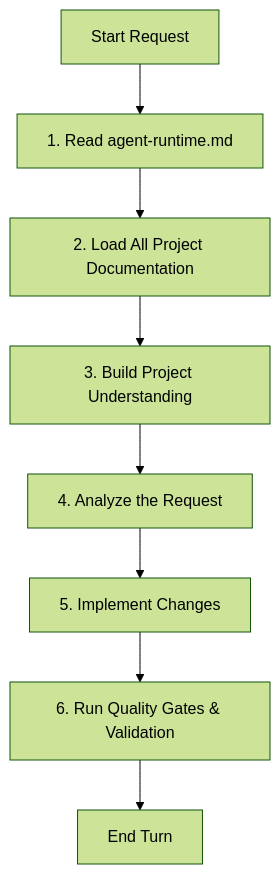
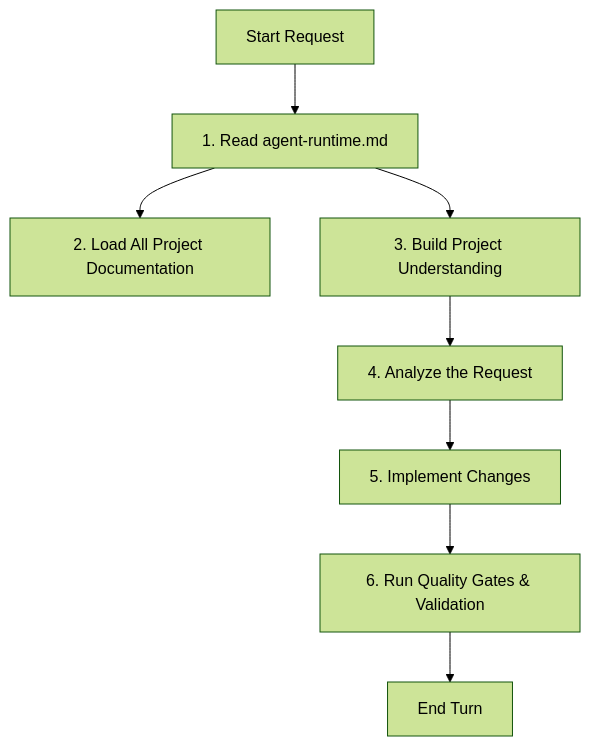
Before and after one commit to ghanshyam18/stock-manager-pro: the diagram in docs/ai/agent-runtime.md, drawn with Mermaid (forest theme). The commit also changed other lines of this file and 14 other files, not shown here.

````diff
--- a/docs/ai/agent-runtime.md
+++ b/docs/ai/agent-runtime.md
@@ -9,10 +9,10 @@
 ```mermaid
 graph TD
     A[Start Request] --> B[1. Read agent-runtime.md]
     B --> C[2. Load All Project Documentation]
-    C --> D[3. Build Project Understanding]
+    B --> D[3. Build Project Understanding]
     D --> E[4. Analyze the Request]
     E --> F[5. Implement Changes]
     F --> G[6. Run Quality Gates & Validation]
     G --> H[End Turn]
 ```
````
